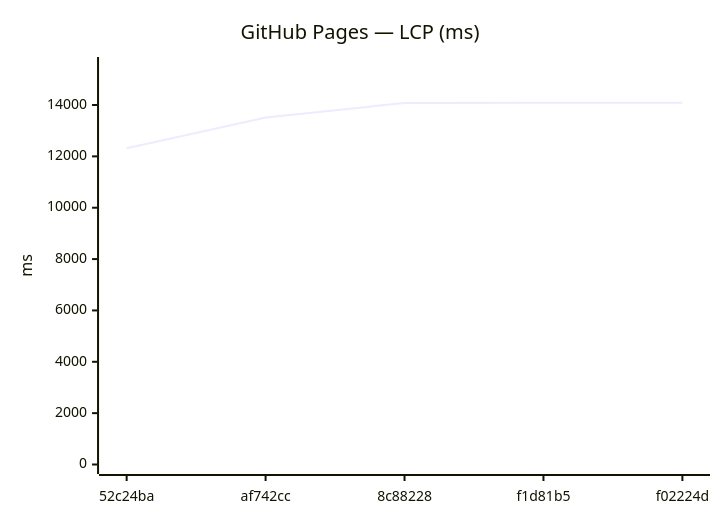
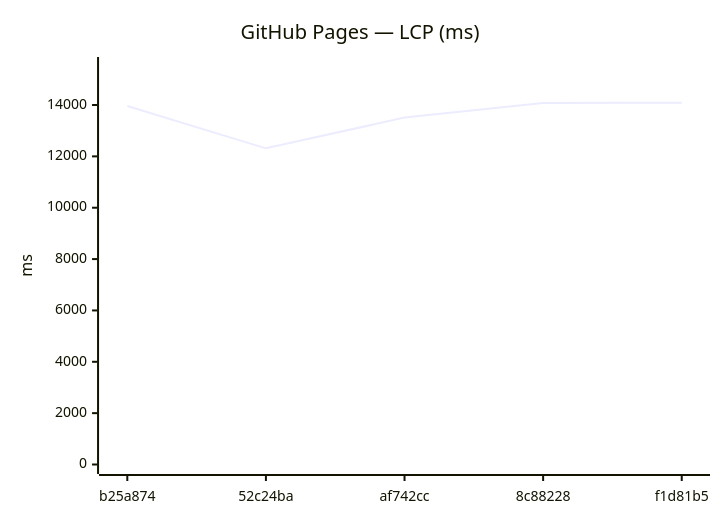
The ninth of 18 diagrams in benchmarks/compare.md (Metaheurist/Rianell), drawn with Mermaid before and after one commit. The commit also changed other lines of this file and 11 other files, not shown here.

````diff
--- a/benchmarks/compare.md
+++ b/benchmarks/compare.md
@@ -142,7 +142,7 @@
 ```mermaid
 xychart-beta
     title "GitHub Pages — LCP (ms)"
-    x-axis ["52c24ba", "af742cc", "8c88228", "f1d81b5", "f02224d"]
+    x-axis ["b25a874", "52c24ba", "af742cc", "8c88228", "f1d81b5"]
     y-axis "ms" 0 --> 15500
-    line [12313, 13510, 14082, 14090, 14084]
+    line [13959, 12313, 13510, 14082, 14090]
 ```
````
